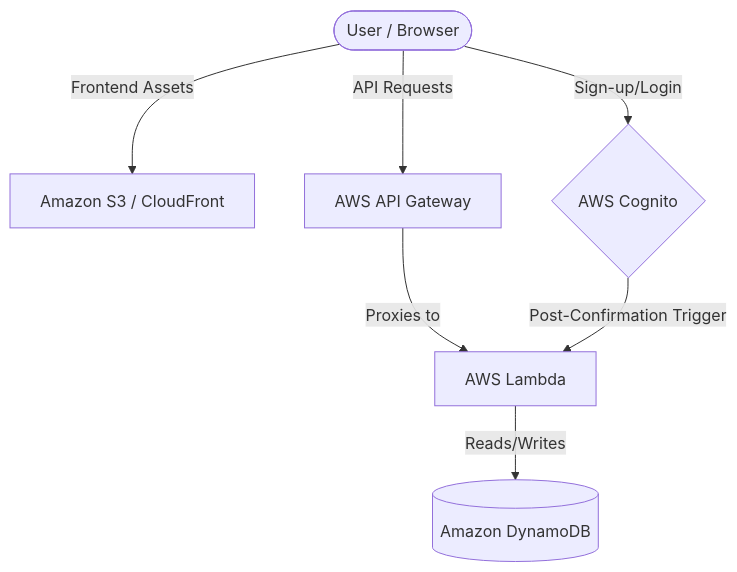
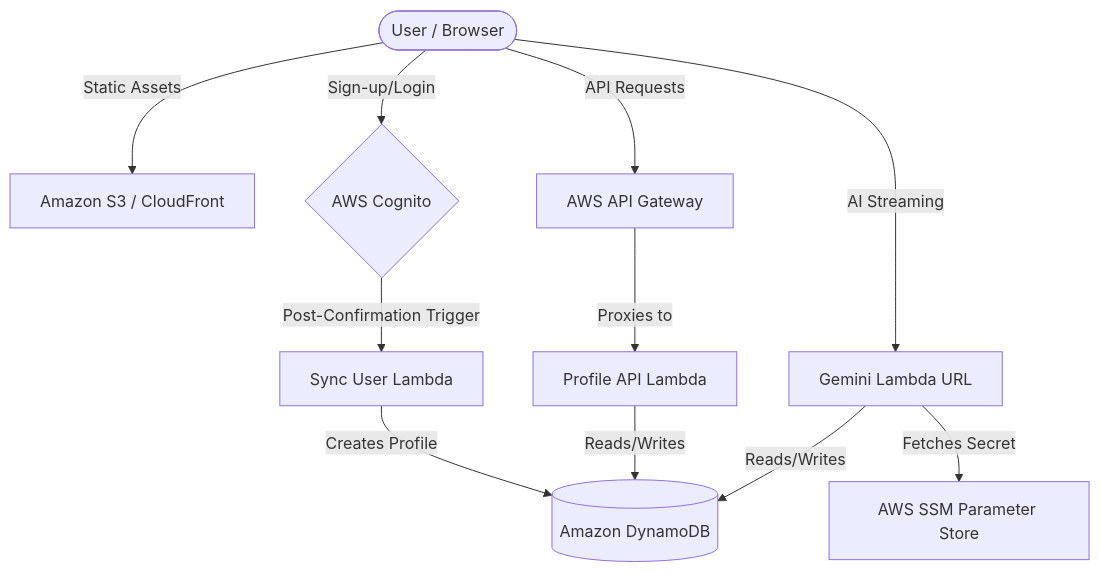
The diagram in README.md (dingaanmanjate/Smart-AI-Tutor), drawn with Mermaid before and after one commit. The commit also changed other lines of this file, not shown here.

````diff
--- a/README.md
+++ b/README.md
@@ -7,9 +65,13 @@
 ```mermaid
 graph TD
-    User([User / Browser]) -->|Frontend Assets| S3[Amazon S3 / CloudFront]
+    User([User / Browser]) -->|Static Assets| S3[Amazon S3 / CloudFront]
     User -->|Sign-up/Login| Cognito{AWS Cognito}
     User -->|API Requests| APIGateway[AWS API Gateway]
-    APIGateway -->|Proxies to| Lambda[AWS Lambda]
-    Lambda -->|Reads/Writes| DynamoDB[(Amazon DynamoDB)]
-    Cognito -->|Post-Confirmation Trigger| Lambda
+    User -->|AI Streaming| GeminiLambda[Gemini Lambda URL]
+    APIGateway -->|Proxies to| ProfileLambda[Profile API Lambda]
+    ProfileLambda -->|Reads/Writes| DynamoDB[(Amazon DynamoDB)]
+    GeminiLambda -->|Reads/Writes| DynamoDB
+    GeminiLambda -->|Fetches Secret| SSM[AWS SSM Parameter Store]
+    Cognito -->|Post-Confirmation Trigger| SyncLambda[Sync User Lambda]
+    SyncLambda -->|Creates Profile| DynamoDB
 ```
````
